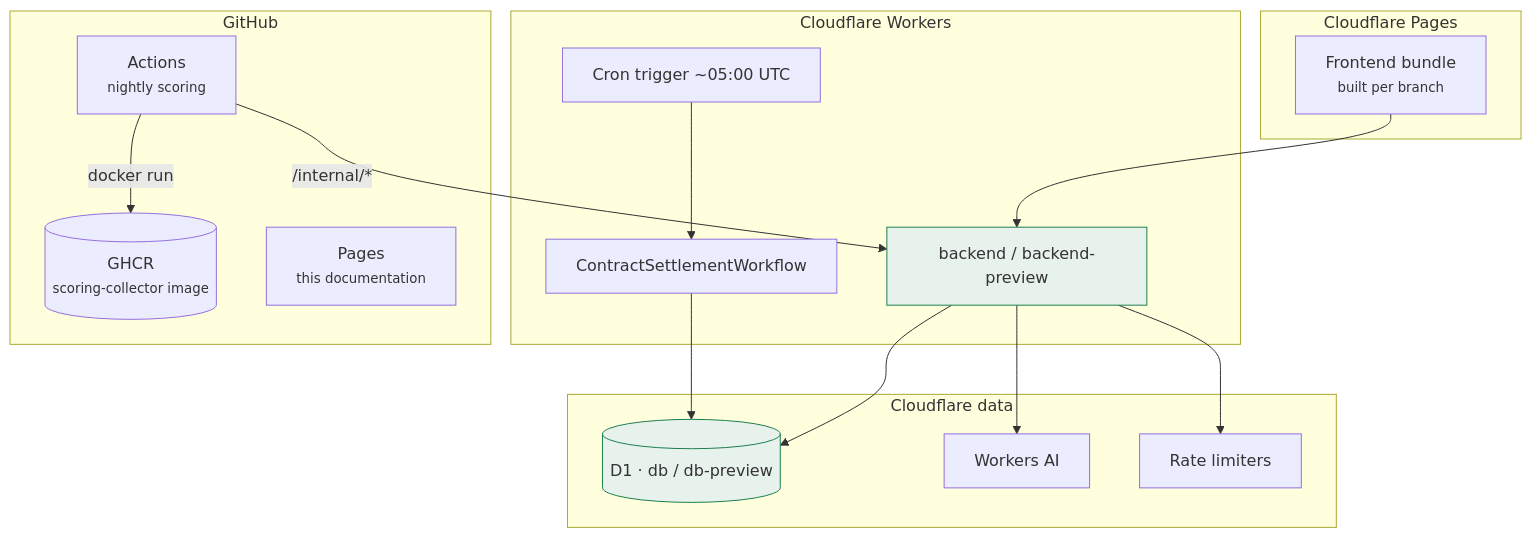
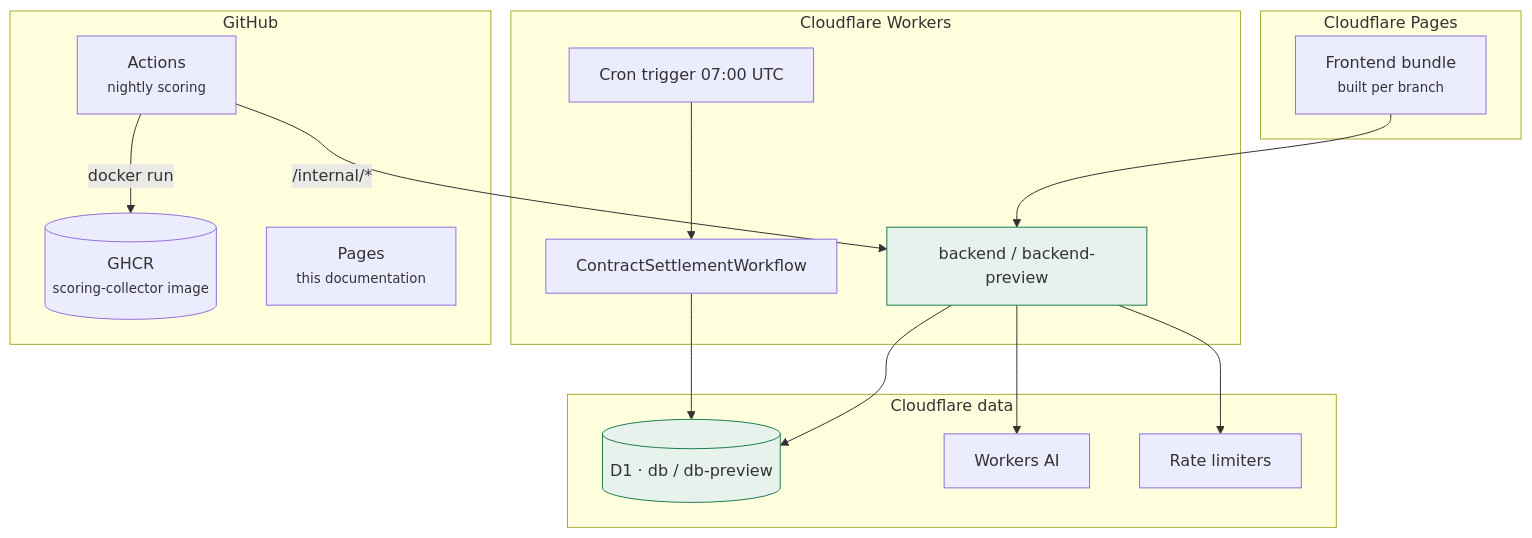
One commit to FantasyWiki/FantasyWiki changed the second of 3 diagrams in docs/site/pages/architecture/deployment.md. Above: the diagram before and after it, drawn with Mermaid. The commit also changed 33 other files, not shown here.

````diff
--- a/docs/site/pages/architecture/deployment.md
+++ b/docs/site/pages/architecture/deployment.md
@@ -39,35 +39,35 @@
 ```mermaid
 flowchart TB
   subgraph CFP["Cloudflare Pages"]
     FE["Frontend bundle<br/><small>built per branch</small>"]
   end
 
   subgraph CFW["Cloudflare Workers"]
     BE["backend / backend-preview"]
     WFL["ContractSettlementWorkflow"]
-    CRON["Cron trigger ~05:00 UTC"]
+    CRON["Cron trigger 07:00 UTC"]
   end
 
   subgraph CFD["Cloudflare data"]
     D1[("D1 · db / db-preview")]
     AI["Workers AI"]
     RL["Rate limiters"]
   end
 
   subgraph GH["GitHub"]
     ACT["Actions<br/><small>nightly scoring</small>"]
     GHCR[("GHCR<br/><small>scoring-collector image</small>")]
     PAGES["Pages<br/><small>this documentation</small>"]
   end
 
   FE --> BE
   BE --> D1
   BE --> AI
   BE --> RL
   CRON --> WFL --> D1
   ACT -->|"docker run"| GHCR
   ACT -->|"/internal/*"| BE
 
   classDef prod fill:#e8f2ec,stroke:#1e7e50;
   class BE,D1 prod;
 ```
````
